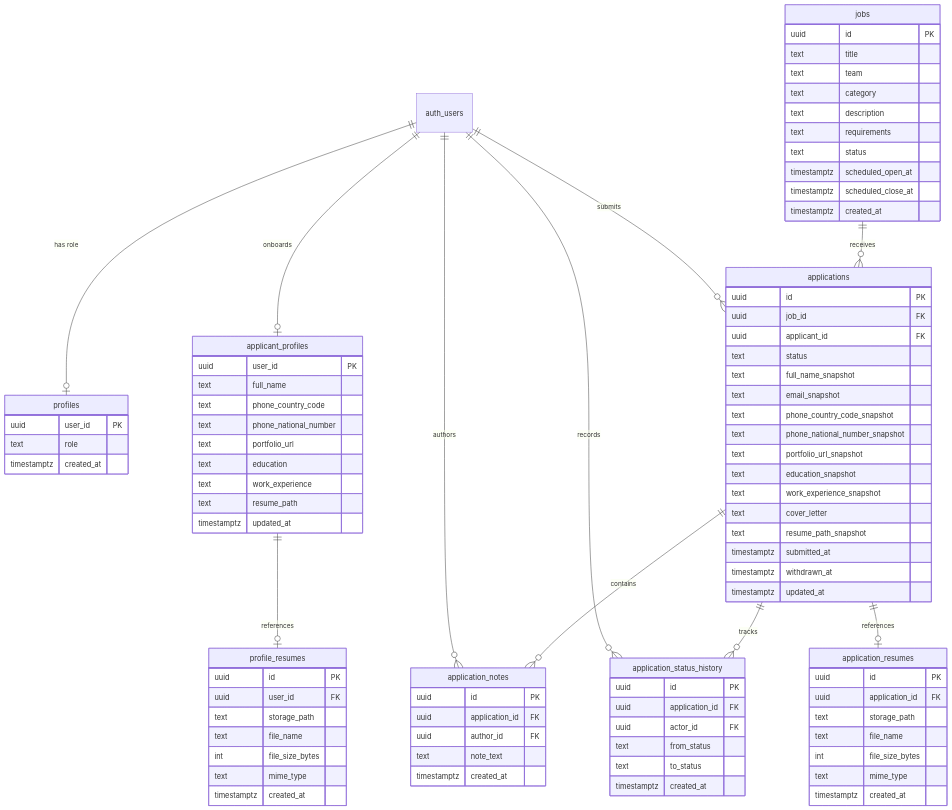
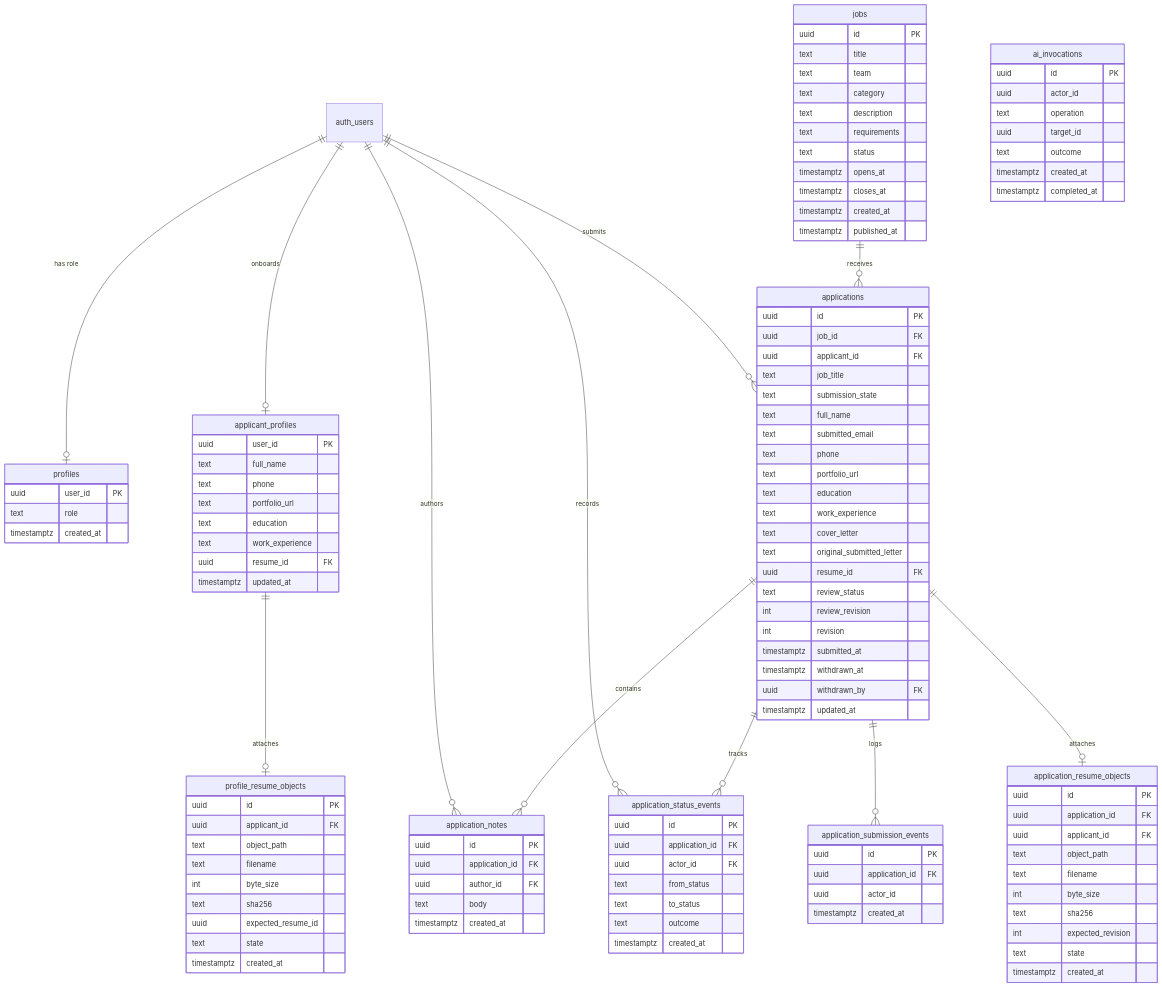
Before and after one commit to CS3227-2610-MP3-ConnectTalent/CS3227-2610-MP3: the second of 9 diagrams in docs/DeveloperGuide.md, drawn with Mermaid. The commit also changed other lines of this file and 2 other files, not shown here.

Commit message:
docs(guides): address review feedback and reconcile specification consistency

````diff
--- a/docs/DeveloperGuide.md
+++ b/docs/DeveloperGuide.md
@@ -665,12 +735,13 @@
     auth_users ||--o| applicant_profiles : "onboards"
     auth_users ||--o{ applications : "submits"
     auth_users ||--o{ application_notes : "authors"
-    auth_users ||--o{ application_status_history : "records"
+    auth_users ||--o{ application_status_events : "records"
     jobs ||--o{ applications : "receives"
     applications ||--o{ application_notes : "contains"
-    applications ||--o{ application_status_history : "tracks"
-    applications ||--o| application_resumes : "references"
-    applicant_profiles ||--o| profile_resumes : "references"
+    applications ||--o{ application_status_events : "tracks"
+    applications ||--o{ application_submission_events : "logs"
+    applications ||--o| application_resume_objects : "attaches"
+    applicant_profiles ||--o| profile_resume_objects : "attaches"
 
     profiles {
         uuid user_id PK
@@ -681,12 +752,11 @@
     applicant_profiles {
         uuid user_id PK
         text full_name
-        text phone_country_code
-        text phone_national_number
+        text phone
         text portfolio_url
         text education
         text work_experience
-        text resume_path
+        uuid resume_id FK
         timestamptz updated_at
     }
 
@@ -698,27 +768,33 @@
         text description
         text requirements
         text status
-        timestamptz scheduled_open_at
-        timestamptz scheduled_close_at
+        timestamptz opens_at
+        timestamptz closes_at
         timestamptz created_at
+        timestamptz published_at
     }
 
     applications {
         uuid id PK
         uuid job_id FK
         uuid applicant_id FK
-        text status
-        text full_name_snapshot
-        text email_snapshot
-        text phone_country_code_snapshot
-        text phone_national_number_snapshot
-        text portfolio_url_snapshot
-        text education_snapshot
-        text work_experience_snapshot
+        text job_title
+        text submission_state
+        text full_name
+        text submitted_email
+        text phone
+        text portfolio_url
+        text education
+        text work_experience
         text cover_letter
-        text resume_path_snapshot
+        text original_submitted_letter
+        uuid resume_id FK
+        text review_status
+        int review_revision
+        int revision
         timestamptz submitted_at
         timestamptz withdrawn_at
+        uuid withdrawn_by FK
         timestamptz updated_at
     }
 
@@ -726,36 +802,59 @@
         uuid id PK
         uuid application_id FK
         uuid author_id FK
-        text note_text
+        text body
         timestamptz created_at
     }
 
-    application_status_history {
+    application_status_events {
         uuid id PK
         uuid application_id FK
         uuid actor_id FK
         text from_status
         text to_status
+        text outcome
         timestamptz created_at
     }
 
-    application_resumes {
+    application_submission_events {
         uuid id PK
         uuid application_id FK
-        text storage_path
-        text file_name
-        int file_size_bytes
-        text mime_type
+        uuid actor_id
         timestamptz created_at
     }
 
-    profile_resumes {
+    ai_invocations {
         uuid id PK
-        uuid user_id FK
-        text storage_path
-        text file_name
-        int file_size_bytes
-        text mime_type
+        uuid actor_id
+        text operation
+        uuid target_id
+        text outcome
+        timestamptz created_at
+        timestamptz completed_at
+    }
+
+    application_resume_objects {
+        uuid id PK
+        uuid application_id FK
+        uuid applicant_id FK
+        text object_path
+        text filename
+        int byte_size
+        text sha256
+        int expected_revision
+        text state
+        timestamptz created_at
+    }
+
+    profile_resume_objects {
+        uuid id PK
+        uuid applicant_id FK
+        text object_path
+        text filename
+        int byte_size
+        text sha256
+        uuid expected_resume_id
+        text state
         timestamptz created_at
     }
 ```
````
